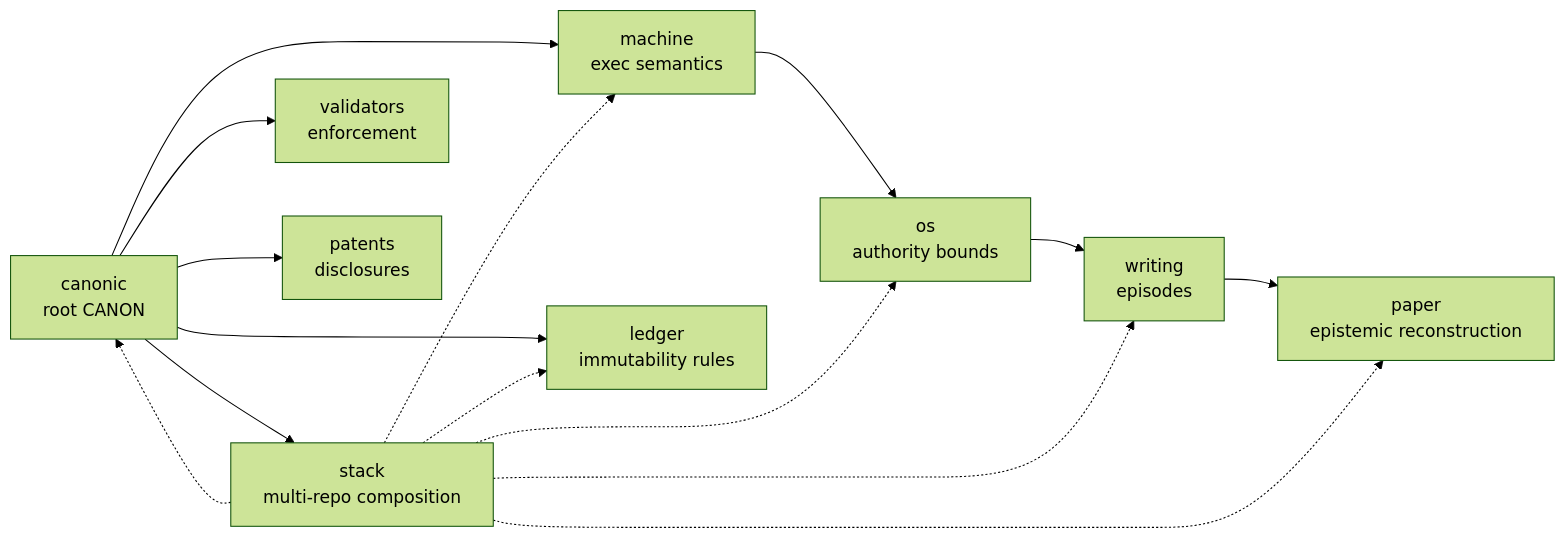
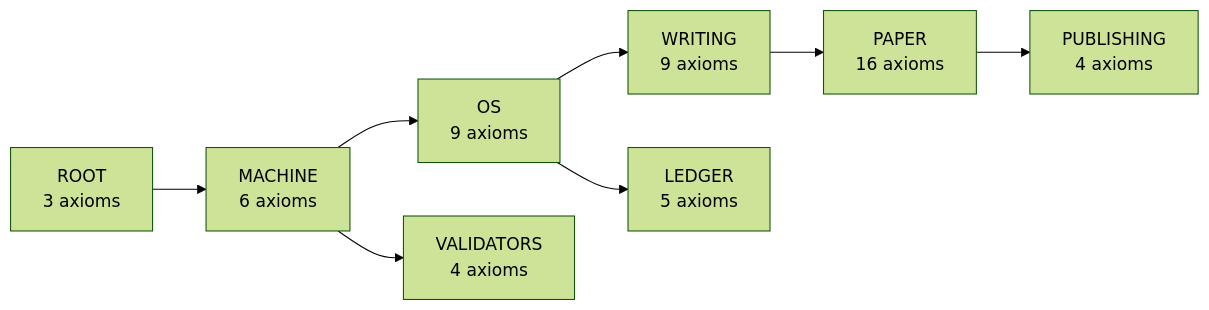
The fourth of 4 diagrams in manuscript.md (canonic-machine/paper), drawn with Mermaid (forest theme) before and after one commit. The commit also changed other lines of this file and 1 other file, not shown here.

First line of the commit message:
PAPER: axiom bloat remediation + manuscript v0.2 state

````diff
--- a/manuscript.md
+++ b/manuscript.md
@@ -218,19 +138,10 @@
 ```mermaid
 flowchart LR
-    canonic["canonic<br/>root CANON"] --> machine["machine<br/>exec semantics"]
-    machine --> os["os<br/>authority bounds"]
-    os --> writing["writing<br/>episodes"]
-    writing --> paper["paper<br/>epistemic reconstruction"]
-
-    canonic --> ledger["ledger<br/>immutability rules"]
-    canonic --> stack["stack<br/>multi-repo composition"]
-    canonic --> validators["validators<br/>enforcement"]
-    canonic --> patents["patents<br/>disclosures"]
-
-    stack -.-> canonic
-    stack -.-> machine
-    stack -.-> os
-    stack -.-> writing
-    stack -.-> paper
-    stack -.-> ledger
+    canonic["ROOT<br/>3 axioms"] --> machine["MACHINE<br/>6 axioms"]
+    machine --> os["OS<br/>9 axioms"]
+    machine --> validators["VALIDATORS<br/>4 axioms"]
+    os --> writing["WRITING<br/>9 axioms"]
+    os --> ledger["LEDGER<br/>5 axioms"]
+    writing --> paper["PAPER<br/>16 axioms"]
+    paper --> publishing["PUBLISHING<br/>4 axioms"]
 ```
````
